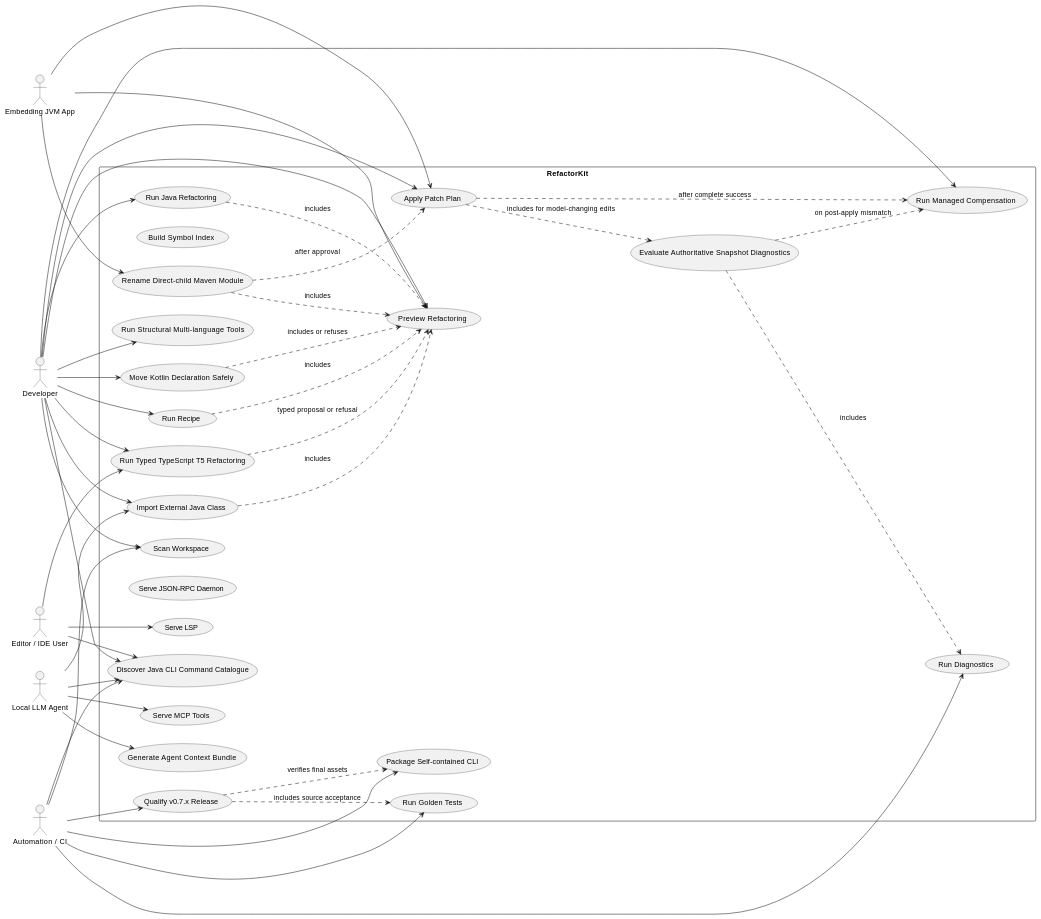
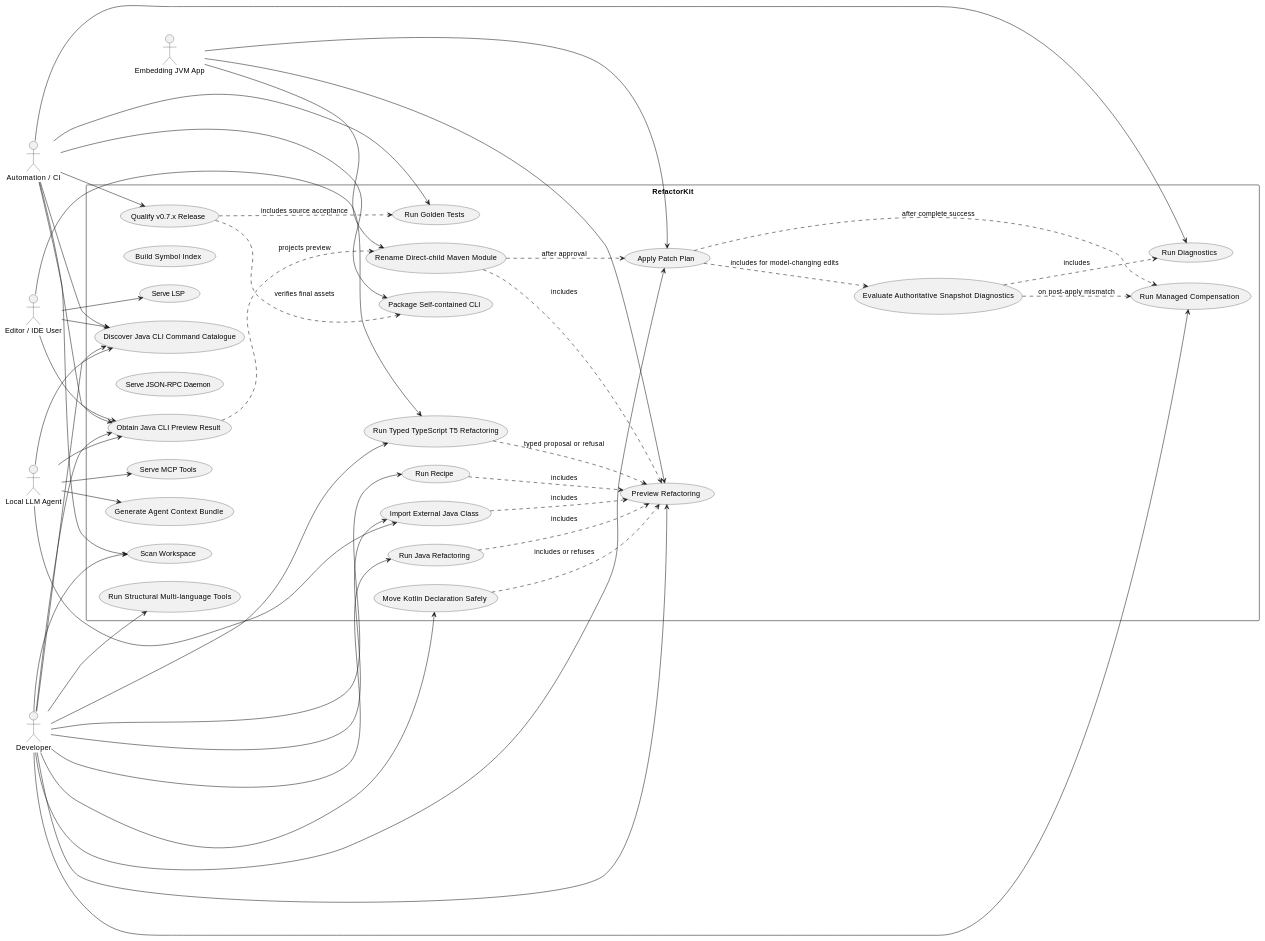
One commit to mgiustiniani/refactorkit changed the diagram in docs/arc42/appendix-requirements.adoc. Above: the diagram before and after it, drawn with PlantUML. The commit also changed other lines of this file and 73 other files, not shown here.

First line of the commit message:
CATALOG002/RESULT001: add strict Java preview JSON

```diff
--- a/docs/arc42/appendix-requirements.adoc
+++ b/docs/arc42/appendix-requirements.adoc
@@ -242,75 +246,81 @@
 [source,plantuml]
 ----
 @startuml
 left to right direction
 actor Developer
 actor "Automation / CI" as CI
 actor "Editor / IDE User" as IDEUser
 actor "Local LLM Agent" as Agent
 actor "Embedding JVM App" as App
 rectangle RefactorKit {
   usecase "Scan Workspace" as UC_SCAN
   usecase "Build Symbol Index" as UC_SYMBOLS
   usecase "Run Diagnostics" as UC_DIAG
   usecase "Evaluate Authoritative Snapshot Diagnostics" as UC_AUTH_DIAG
   usecase "Preview Refactoring" as UC_PREVIEW
   usecase "Apply Patch Plan" as UC_APPLY
   usecase "Run Managed Compensation" as UC_ROLLBACK
   usecase "Run Java Refactoring" as UC_JAVA
   usecase "Discover Java CLI Command Catalogue" as UC_JAVA_CLI_CATALOG
+  usecase "Obtain Java CLI Preview Result" as UC_JAVA_CLI_RESULT
   usecase "Rename Direct-child Maven Module" as UC_MODULE_RENAME
   usecase "Move Kotlin Declaration Safely" as UC_KOTLIN_MOVE
   usecase "Run Typed TypeScript T5 Refactoring" as UC_TS_T5
   usecase "Run Recipe" as UC_RECIPE
   usecase "Import External Java Class" as UC_IMPORT
   usecase "Serve JSON-RPC Daemon" as UC_DAEMON
   usecase "Serve LSP" as UC_LSP
   usecase "Serve MCP Tools" as UC_MCP
   usecase "Generate Agent Context Bundle" as UC_CONTEXT
   usecase "Package Self-contained CLI" as UC_PACKAGE
   usecase "Qualify v0.7.x Release" as UC_V07_QUALIFY
   usecase "Run Golden Tests" as UC_GOLDEN
   usecase "Run Structural Multi-language Tools" as UC_STRUCT
 }
 Developer --> UC_SCAN
 Developer --> UC_PREVIEW
 Developer --> UC_APPLY
 Developer --> UC_ROLLBACK
 Developer --> UC_JAVA
 Developer --> UC_JAVA_CLI_CATALOG
+Developer --> UC_JAVA_CLI_RESULT
 Developer --> UC_KOTLIN_MOVE
 Developer --> UC_TS_T5
 Developer --> UC_RECIPE
 Developer --> UC_IMPORT
 Developer --> UC_STRUCT
 CI --> UC_SCAN
 CI --> UC_JAVA_CLI_CATALOG
+CI --> UC_JAVA_CLI_RESULT
 CI --> UC_DIAG
 CI --> UC_PACKAGE
 CI --> UC_V07_QUALIFY
 CI --> UC_GOLDEN
 IDEUser --> UC_LSP
 IDEUser --> UC_JAVA_CLI_CATALOG
+IDEUser --> UC_JAVA_CLI_RESULT
 IDEUser --> UC_TS_T5
 Agent --> UC_JAVA_CLI_CATALOG
+Agent --> UC_JAVA_CLI_RESULT
 Agent --> UC_MCP
 Agent --> UC_CONTEXT
 Agent --> UC_IMPORT
 App --> UC_PREVIEW
 App --> UC_APPLY
 App --> UC_MODULE_RENAME
 UC_APPLY ..> UC_AUTH_DIAG : includes for model-changing edits
 UC_AUTH_DIAG ..> UC_DIAG : includes
 UC_AUTH_DIAG ..> UC_ROLLBACK : on post-apply mismatch
 UC_JAVA ..> UC_PREVIEW : includes
+UC_JAVA_CLI_RESULT ..> UC_MODULE_RENAME : projects preview
 UC_MODULE_RENAME ..> UC_PREVIEW : includes
 UC_MODULE_RENAME ..> UC_APPLY : after approval
 UC_KOTLIN_MOVE ..> UC_PREVIEW : includes or refuses
 UC_TS_T5 ..> UC_PREVIEW : typed proposal or refusal
 UC_RECIPE ..> UC_PREVIEW : includes
 UC_IMPORT ..> UC_PREVIEW : includes
 UC_V07_QUALIFY ..> UC_PACKAGE : verifies final assets
 UC_V07_QUALIFY ..> UC_GOLDEN : includes source acceptance
 UC_APPLY ..> UC_ROLLBACK : after complete success
 @enduml
 ----
```
